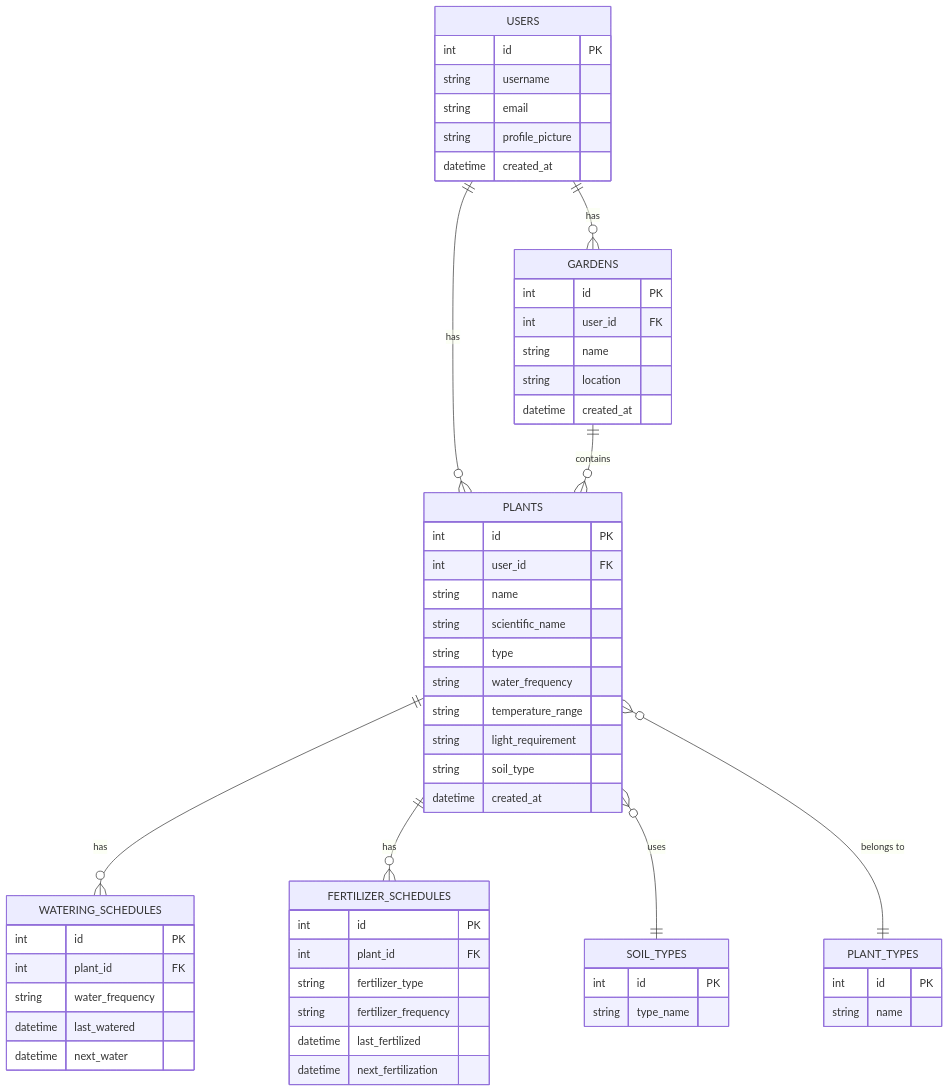
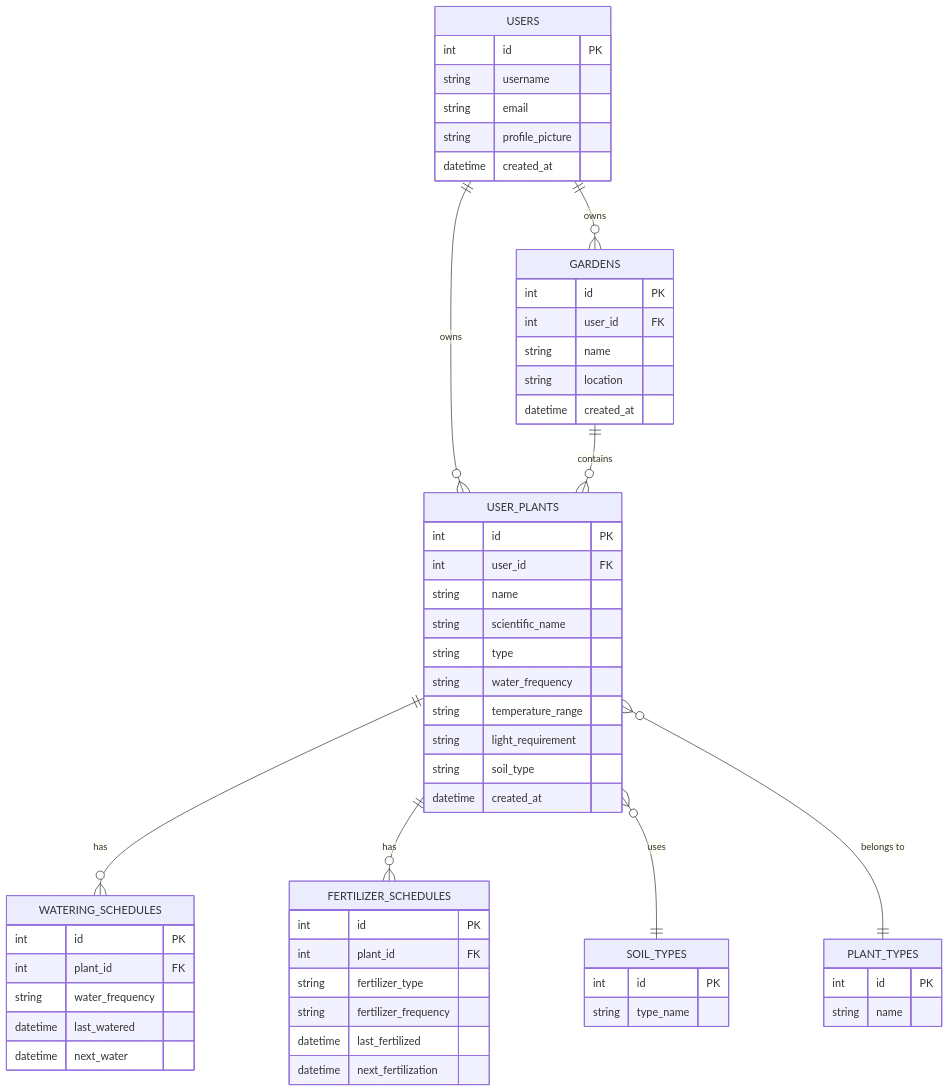
The diagram in docs/_posts/2024-11-14-database.md (Green-Fingers-App/gardeningApp), drawn with Mermaid before and after one commit.

```diff
--- a/docs/_posts/2024-11-14-database.md
+++ b/docs/_posts/2024-11-14-database.md
@@ -8,60 +8,60 @@
 <div class="mermaid">
 erDiagram
     USERS {
         int id PK
         string username
         string email
         string profile_picture
         datetime created_at
     }
-    PLANTS {
+    USER_PLANTS {
         int id PK
         int user_id FK
         string name
         string scientific_name
         string type
         string water_frequency
         string temperature_range
         string light_requirement
         string soil_type
         datetime created_at
     }
     GARDENS {
         int id PK
         int user_id FK
         string name
         string location
         datetime created_at
     }
     WATERING_SCHEDULES {
         int id PK
         int plant_id FK
         string water_frequency
         datetime last_watered
         datetime next_water
     }
     FERTILIZER_SCHEDULES {
         int id PK
         int plant_id FK
         string fertilizer_type
         string fertilizer_frequency
         datetime last_fertilized
         datetime next_fertilization
     }
     SOIL_TYPES {
         int id PK
         string type_name
     }
     PLANT_TYPES {
         int id PK
         string name
     }
 
-    USERS ||--o{ PLANTS : "has"
-    USERS ||--o{ GARDENS : "has"
-    PLANTS ||--o{ WATERING_SCHEDULES : "has"
-    PLANTS ||--o{ FERTILIZER_SCHEDULES : "has"
-    PLANTS }o--|| SOIL_TYPES : "uses"
-    PLANTS }o--|| PLANT_TYPES : "belongs to"
-    GARDENS ||--o{ PLANTS : "contains"
+    USERS ||--o{ USER_PLANTS : "owns" 
+    USERS ||--o{ GARDENS : "owns"
+    USER_PLANTS ||--o{ WATERING_SCHEDULES : "has"
+    USER_PLANTS ||--o{ FERTILIZER_SCHEDULES : "has"
+    USER_PLANTS }o--|| SOIL_TYPES : "uses"
+    USER_PLANTS }o--|| PLANT_TYPES : "belongs to"
+    GARDENS ||--o{ USER_PLANTS : "contains"
 </div>
```
